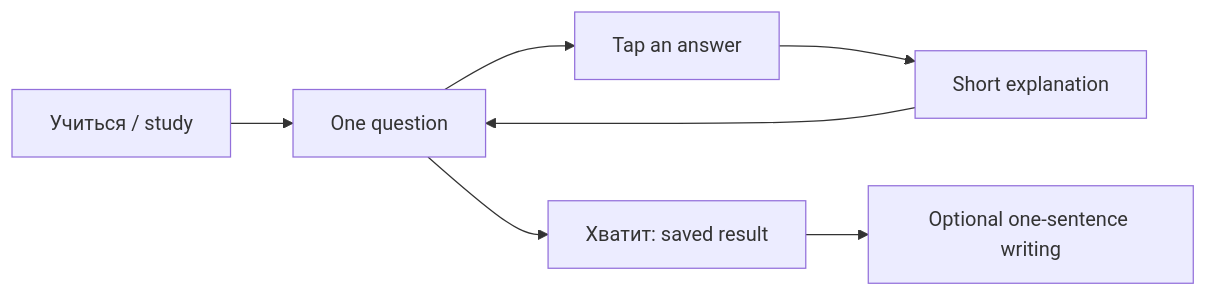
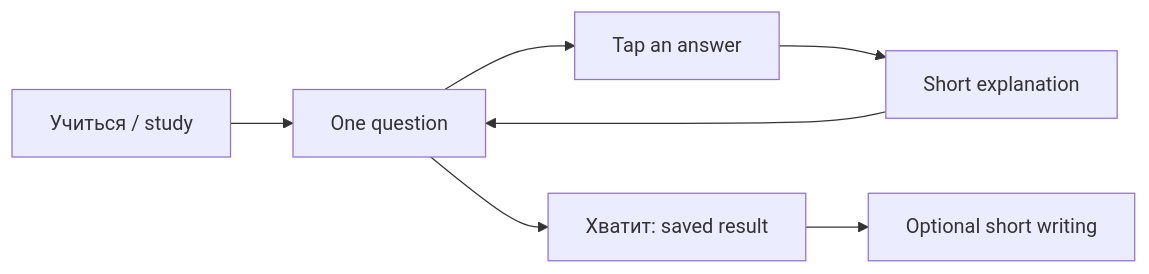
The diagram in README.md (eiler2005/FluentLoop), drawn with Mermaid before and after one commit. The commit also changed other lines of this file and 51 other files, not shown here.

````diff
--- a/README.md
+++ b/README.md
@@ -33,9 +33,9 @@
 ```mermaid
 flowchart LR
     Start[Учиться / study] --> Question[One question]
     Question --> Choice[Tap an answer]
     Choice --> Feedback[Short explanation]
     Feedback --> Question
     Question --> Stop[Хватит: saved result]
-    Stop --> Writing[Optional one-sentence writing]
+    Stop --> Writing[Optional short writing]
 ```
````
